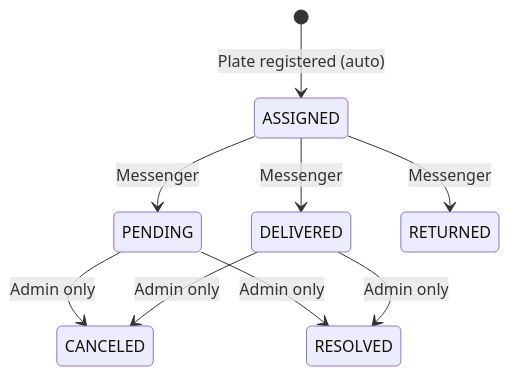
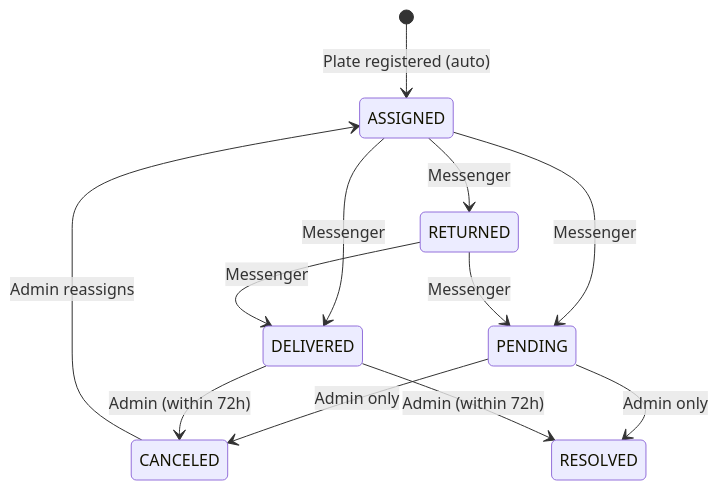
Before and after one commit to fttmatteo/messenger-backend: the third of 8 diagrams in README.md, drawn with Mermaid. The commit also changed other lines of this file and 4 other files, not shown here.

````diff
--- a/README.md
+++ b/README.md
@@ -453,14 +453,19 @@
 ```mermaid
 stateDiagram-v2
     [*] --> ASSIGNED: Plate registered (auto)
     
     ASSIGNED --> PENDING: Messenger
     ASSIGNED --> DELIVERED: Messenger
     ASSIGNED --> RETURNED: Messenger
     
     PENDING --> CANCELED: Admin only
     PENDING --> RESOLVED: Admin only
     
-    DELIVERED --> CANCELED: Admin only
-    DELIVERED --> RESOLVED: Admin only
+    DELIVERED --> CANCELED: Admin (within 72h)
+    DELIVERED --> RESOLVED: Admin (within 72h)
+    
+    CANCELED --> ASSIGNED: Admin reassigns
+    
+    RETURNED --> PENDING: Messenger
+    RETURNED --> DELIVERED: Messenger
 ```
````
